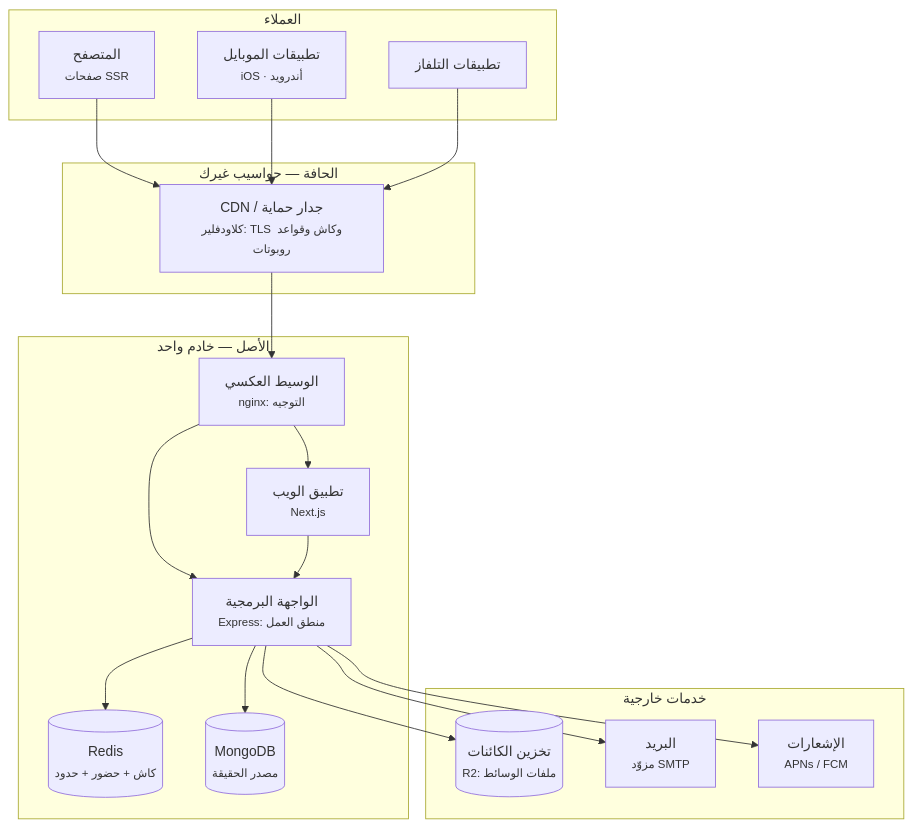
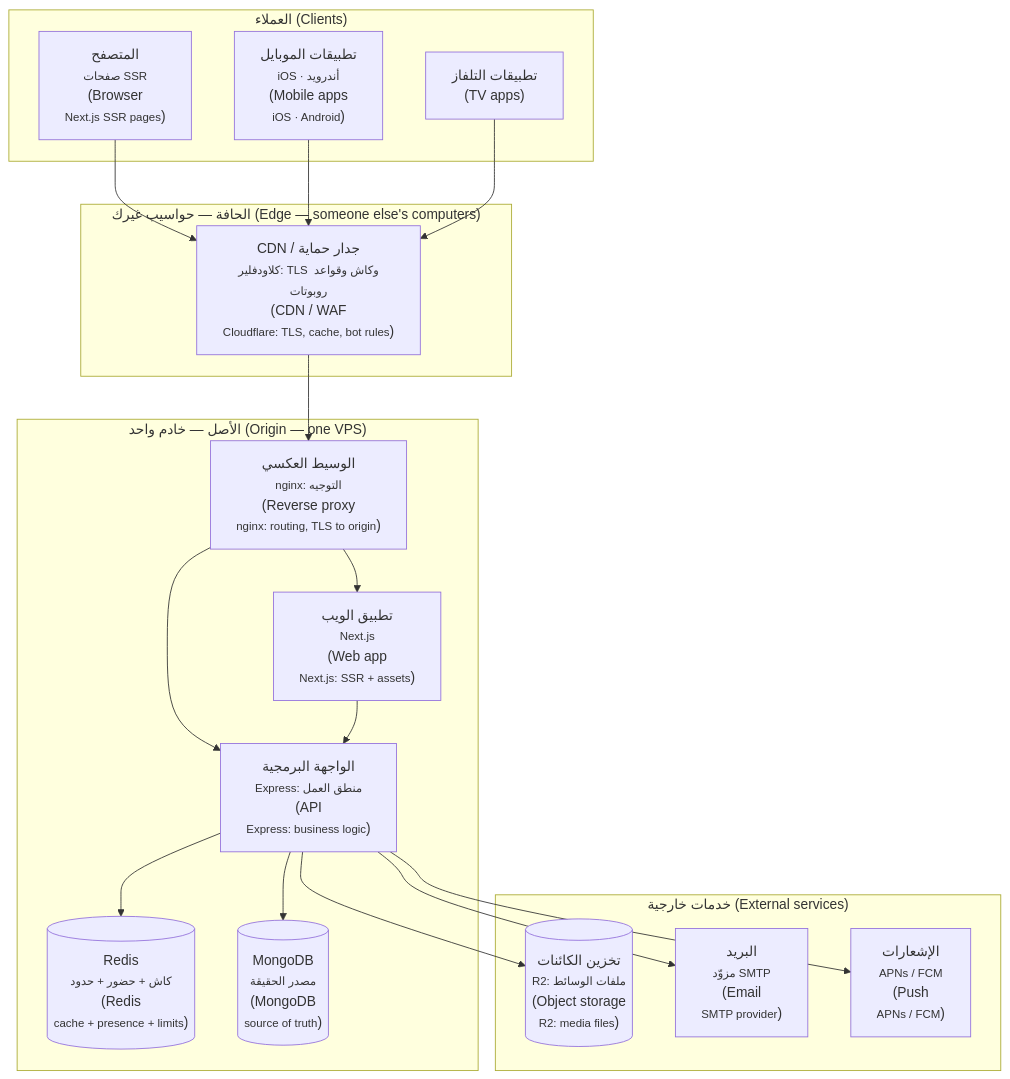
Before and after one commit to Tamoura/system-design-for-vibe-coders: the second of 2 diagrams in modules/01-anatomy-of-a-real-app/lesson-1-draw-the-boxes.ar.md, drawn with Mermaid. The commit also changed other lines of this file and 62 other files, not shown here.

First line of the commit message:
Arabic editions: English on every diagram label, RTL fixes, rebuild

````diff
--- a/modules/01-anatomy-of-a-real-app/lesson-1-draw-the-boxes.ar.md
+++ b/modules/01-anatomy-of-a-real-app/lesson-1-draw-the-boxes.ar.md
@@ -53,35 +53,35 @@
 ```mermaid
 graph TD
-    subgraph clients["العملاء"]
-        B["المتصفح<br/><small>صفحات SSR</small>"]
-        M["تطبيقات الموبايل<br/><small>iOS · أندرويد</small>"]
-        TV["تطبيقات التلفاز"]
+    subgraph clients["العملاء (Clients)"]
+        B["المتصفح<br/><small>صفحات SSR</small><br/>(Browser<br/><small>Next.js SSR pages</small>)"]
+        M["تطبيقات الموبايل<br/><small>iOS · أندرويد</small><br/>(Mobile apps<br/><small>iOS · Android</small>)"]
+        TV["تطبيقات التلفاز<br/>(TV apps)"]
     end
-    subgraph edge["الحافة — حواسيب غيرك"]
-        CDN["CDN / جدار حماية<br/><small>كلاودفلير: TLS وكاش وقواعد روبوتات</small>"]
+    subgraph edge["الحافة — حواسيب غيرك (Edge — someone else's computers)"]
+        CDN["CDN / جدار حماية<br/><small>كلاودفلير: TLS وكاش وقواعد روبوتات</small><br/>(CDN / WAF<br/><small>Cloudflare: TLS, cache, bot rules</small>)"]
     end
-    subgraph origin["الأصل — خادم واحد"]
-        NG["الوسيط العكسي<br/><small>nginx: التوجيه</small>"]
-        WEB["تطبيق الويب<br/><small>Next.js</small>"]
-        API["الواجهة البرمجية<br/><small>Express: منطق العمل</small>"]
-        RED[("Redis<br/><small>كاش + حضور + حدود</small>")]
-        DB[("MongoDB<br/><small>مصدر الحقيقة</small>")]
+    subgraph origin["الأصل — خادم واحد (Origin — one VPS)"]
+        NG["الوسيط العكسي<br/><small>nginx: التوجيه</small><br/>(Reverse proxy<br/><small>nginx: routing, TLS to origin</small>)"]
+        WEB["تطبيق الويب<br/><small>Next.js</small><br/>(Web app<br/><small>Next.js: SSR + assets</small>)"]
+        API["الواجهة البرمجية<br/><small>Express: منطق العمل</small><br/>(API<br/><small>Express: business logic</small>)"]
+        RED[("Redis<br/><small>كاش + حضور + حدود</small><br/>(Redis<br/><small>cache + presence + limits</small>)")]
+        DB[("MongoDB<br/><small>مصدر الحقيقة</small><br/>(MongoDB<br/><small>source of truth</small>)")]
     end
-    subgraph ext["خدمات خارجية"]
-        R2[("تخزين الكائنات<br/><small>R2: ملفات الوسائط</small>")]
-        SMTP["البريد<br/><small>مزوّد SMTP</small>"]
-        PUSH["الإشعارات<br/><small>APNs / FCM</small>"]
+    subgraph ext["خدمات خارجية (External services)"]
+        R2[("تخزين الكائنات<br/><small>R2: ملفات الوسائط</small><br/>(Object storage<br/><small>R2: media files</small>)")]
+        SMTP["البريد<br/><small>مزوّد SMTP</small><br/>(Email<br/><small>SMTP provider</small>)"]
+        PUSH["الإشعارات<br/><small>APNs / FCM</small><br/>(Push<br/><small>APNs / FCM</small>)"]
     end
     B --> CDN
     M --> CDN
     TV --> CDN
     CDN --> NG
     NG --> WEB
     NG --> API
     WEB --> API
     API --> RED
     API --> DB
     API --> R2
     API --> SMTP
     API --> PUSH
 ```
````
